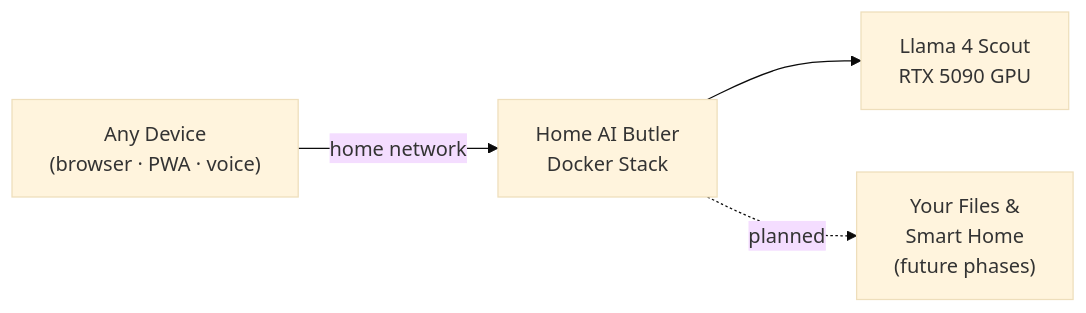
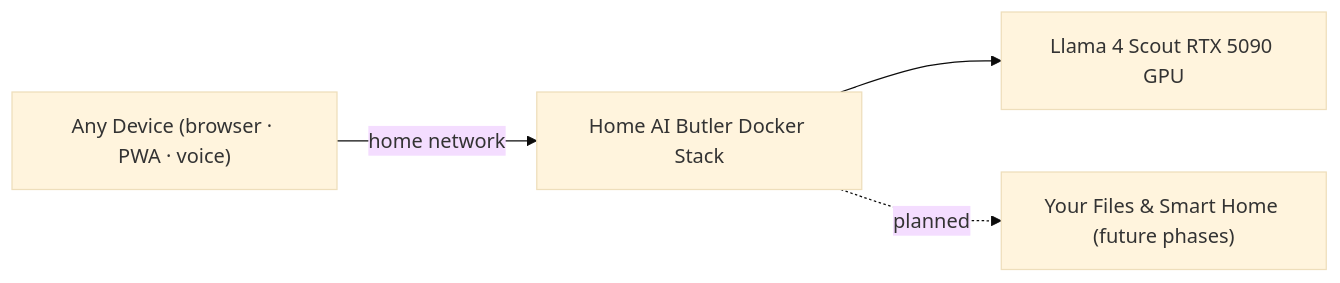
One commit to migcruz/ai_home_assistant changed the diagram in README.md. Above: the diagram before and after it, drawn with Mermaid (base theme).

Commit message:
removed new line characters for mermaid diagram in README.md

````diff
--- a/README.md
+++ b/README.md
@@ -11,11 +11,11 @@
 ```mermaid
 graph LR
-    Devices["Any Device\n(browser · PWA · voice)"]
-    Butler["Home AI Butler\nDocker Stack"]
-    LLM["Llama 4 Scout\nRTX 5090 GPU"]
-    Future["Your Files &\nSmart Home\n(future phases)"]
+    Devices["Any Device (browser · PWA · voice)"]
+    Butler["Home AI Butler Docker Stack"]
+    LLM["Llama 4 Scout RTX 5090 GPU"]
+    Future["Your Files & Smart Home (future phases)"]
 
     Devices -->|home network| Butler
     Butler --> LLM
     Butler -.->|planned| Future
 ```
````
